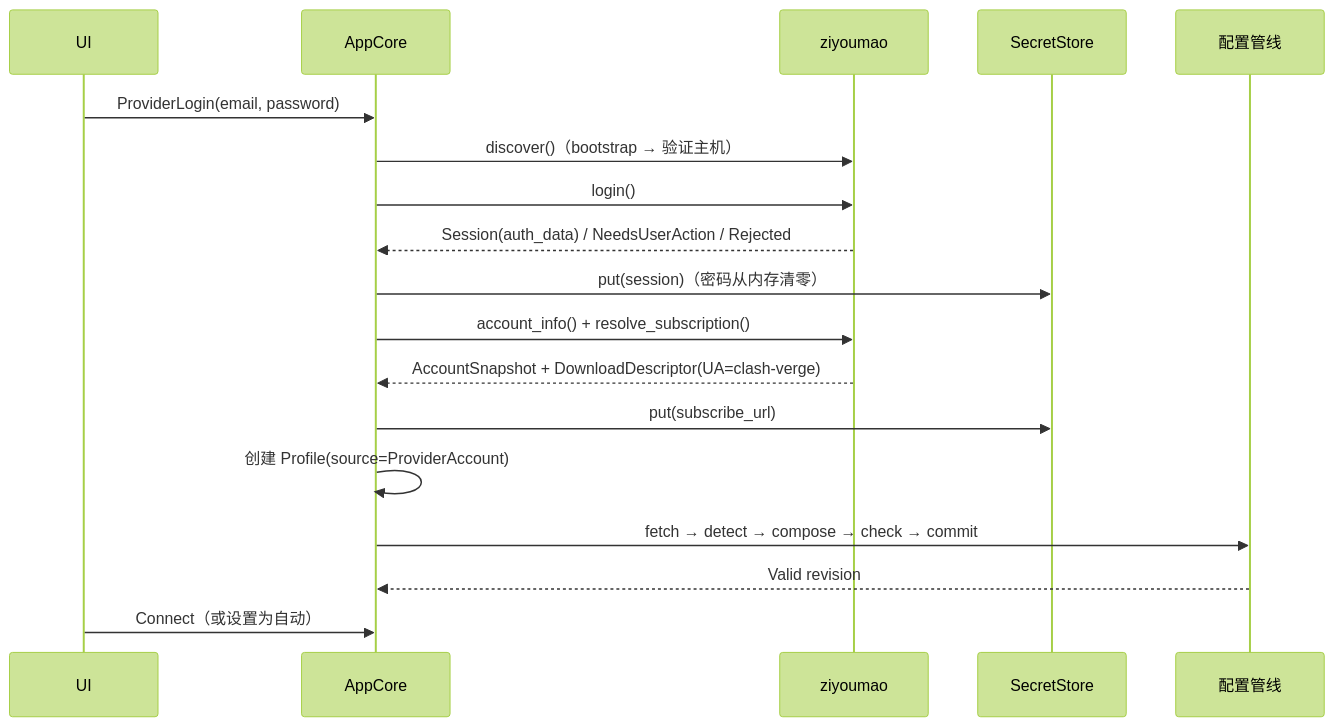
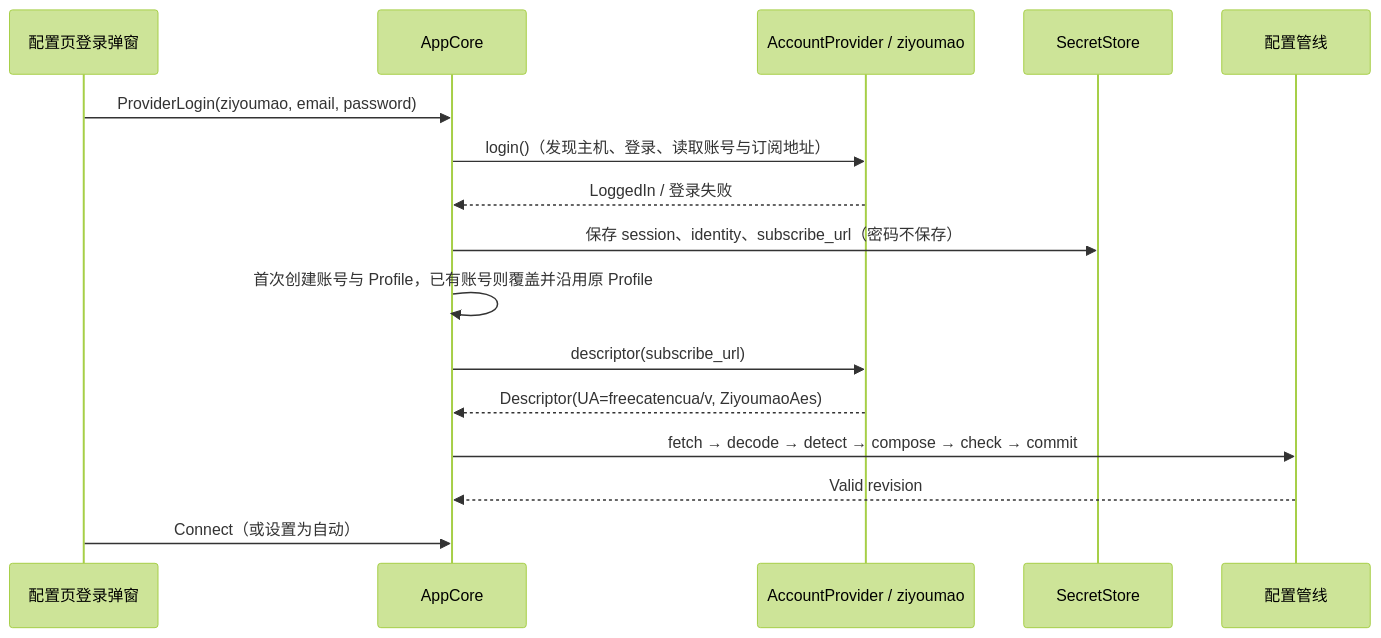
One commit to x-Zer0/Mirage changed the fourth of 4 diagrams in docs/DESIGN.md. Above: the diagram before and after it, drawn with Mermaid (forest theme). The commit also changed other lines of this file and 39 other files, not shown here.

````diff
--- a/docs/DESIGN.md
+++ b/docs/DESIGN.md
@@ -933,20 +921,18 @@
 ```mermaid
 sequenceDiagram
-    participant U as UI
+    participant U as 配置页登录弹窗
     participant C as AppCore
-    participant Z as ziyoumao
+    participant A as AccountProvider / ziyoumao
     participant S as SecretStore
     participant P as 配置管线
-    U->>C: ProviderLogin(email, password)
-    C->>Z: discover()（bootstrap → 验证主机）
-    C->>Z: login()
-    Z-->>C: Session(auth_data) / NeedsUserAction / Rejected
-    C->>S: put(session)（密码从内存清零）
-    C->>Z: account_info() + resolve_subscription()
-    Z-->>C: AccountSnapshot + DownloadDescriptor(UA=clash-verge)
-    C->>S: put(subscribe_url)
-    C->>C: 创建 Profile(source=ProviderAccount)
-    C->>P: fetch → detect → compose → check → commit
+    U->>C: ProviderLogin(ziyoumao, email, password)
+    C->>A: login()（发现主机、登录、读取账号与订阅地址）
+    A-->>C: LoggedIn / 登录失败
+    C->>S: 保存 session、identity、subscribe_url（密码不保存）
+    C->>C: 首次创建账号与 Profile，已有账号则覆盖并沿用原 Profile
+    C->>A: descriptor(subscribe_url)
+    A-->>C: Descriptor(UA=freecatencua/v, ZiyoumaoAes)
+    C->>P: fetch → decode → detect → compose → check → commit
     P-->>C: Valid revision
     U->>C: Connect（或设置为自动）
 ```
````
